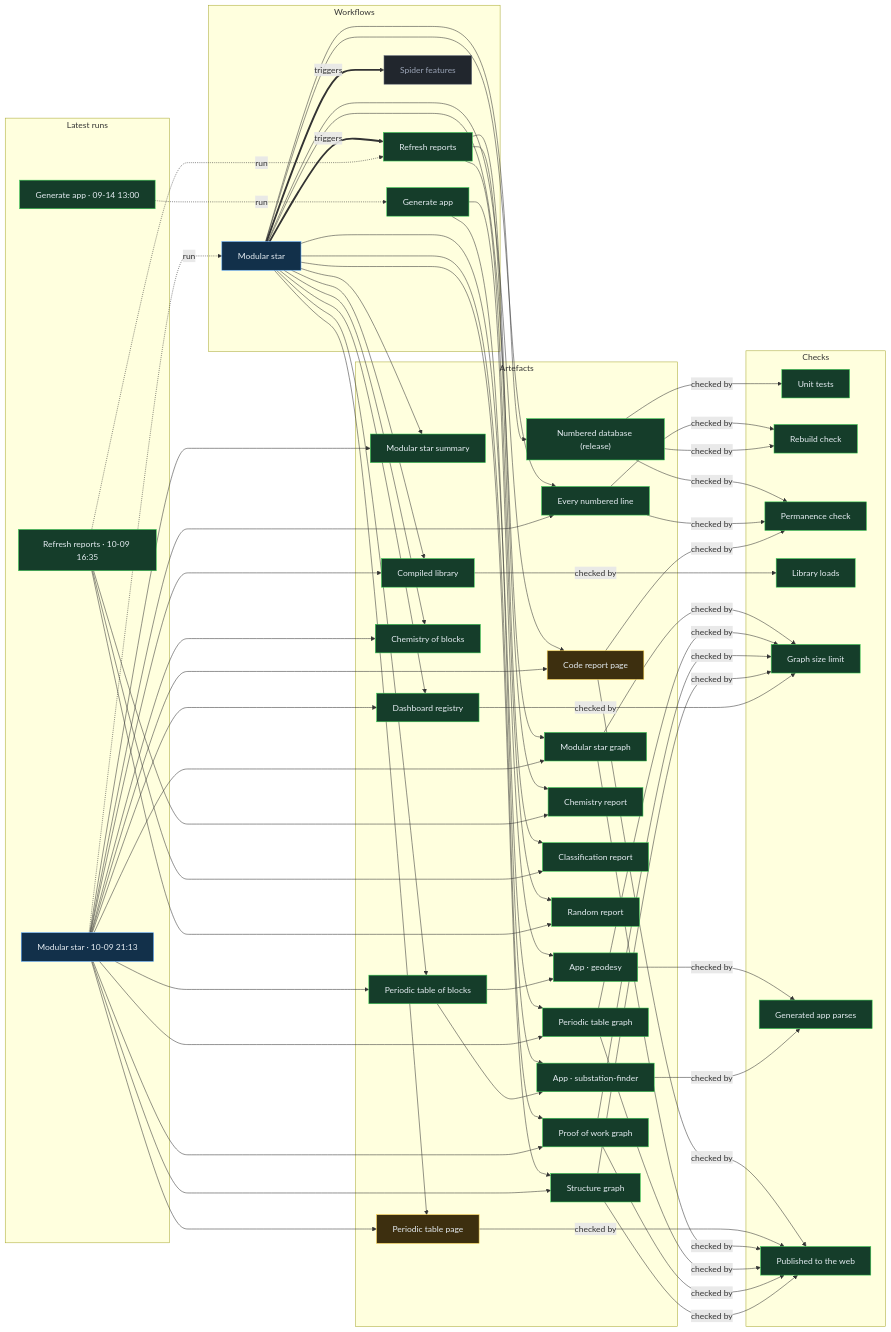
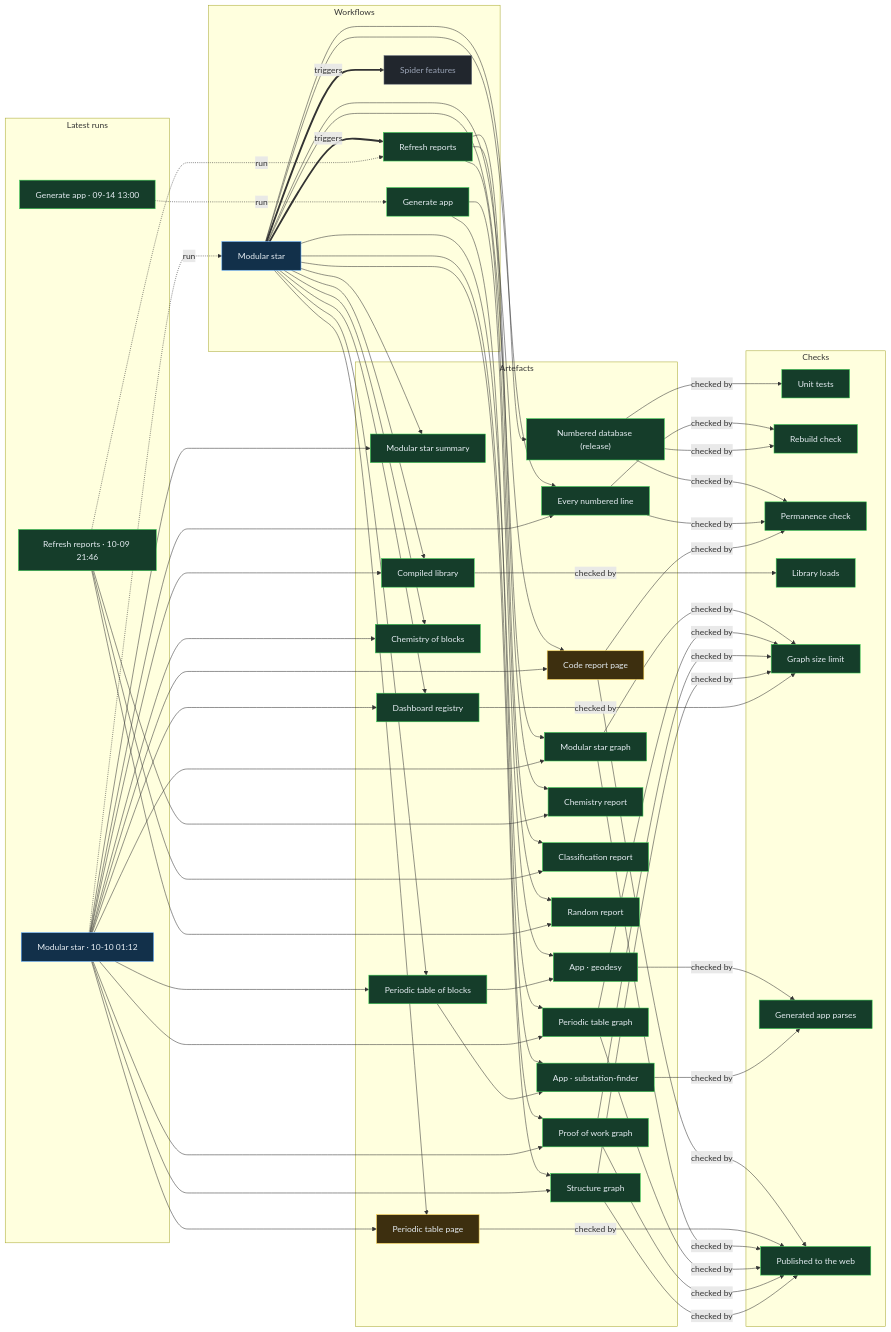
One commit to Ventusltd/stars changed the diagram in proof/PROOF.md. Above: the diagram before and after it, drawn with Mermaid. The commit also changed other lines of this file and 44 other files, not shown here.

Commit message:
Modular star 2026-10-10T01:15Z

```diff
--- a/proof/PROOF.md
+++ b/proof/PROOF.md
@@ -24,8 +24,8 @@
   n_wf_spider_features["Spider features"]:::off
   end
   subgraph g_runs["Latest runs"]
-  n_run_37992075216["Modular star · 10-09 21:13"]:::live
-  n_run_37960174735["Refresh reports · 10-09 16:35"]:::ok
+  n_run_38012259547["Modular star · 10-10 01:12"]:::live
+  n_run_37995498325["Refresh reports · 10-09 21:46"]:::ok
   n_run_34846587798["Generate app · 09-14 13:00"]:::ok
   end
   subgraph g_artefacts["Artefacts"]
@@ -59,39 +59,39 @@
   end
   n_wf_modular_star == triggers ==> n_wf_refresh
   n_wf_modular_star == triggers ==> n_wf_spider_features
-  n_run_37992075216 -. run .-> n_wf_modular_star
-  n_run_37960174735 -. run .-> n_wf_refresh
+  n_run_38012259547 -. run .-> n_wf_modular_star
+  n_run_37995498325 -. run .-> n_wf_refresh
   n_run_34846587798 -. run .-> n_wf_generate
   n_wf_modular_star --> n_art_summary
-  n_run_37992075216 --> n_art_summary
+  n_run_38012259547 --> n_art_summary
   n_wf_modular_star --> n_art_lines
-  n_run_37992075216 --> n_art_lines
+  n_run_38012259547 --> n_art_lines
   n_wf_modular_star --> n_art_code
-  n_run_37992075216 --> n_art_code
+  n_run_38012259547 --> n_art_code
   n_wf_modular_star --> n_art_modular_graph
-  n_run_37992075216 --> n_art_modular_graph
+  n_run_38012259547 --> n_art_modular_graph
   n_wf_modular_star --> n_art_blocks
-  n_run_37992075216 --> n_art_blocks
+  n_run_38012259547 --> n_art_blocks
   n_wf_modular_star --> n_art_table
-  n_run_37992075216 --> n_art_table
+  n_run_38012259547 --> n_art_table
   n_wf_modular_star --> n_art_blocks_graph
-  n_run_37992075216 --> n_art_blocks_graph
+  n_run_38012259547 --> n_art_blocks_graph
   n_wf_modular_star --> n_art_reactions
-  n_run_37992075216 --> n_art_reactions
+  n_run_38012259547 --> n_art_reactions
   n_wf_modular_star --> n_art_library
-  n_run_37992075216 --> n_art_library
+  n_run_38012259547 --> n_art_library
   n_wf_modular_star --> n_art_features
-  n_run_37992075216 --> n_art_features
+  n_run_38012259547 --> n_art_features
   n_wf_modular_star --> n_art_proof
-  n_run_37992075216 --> n_art_proof
+  n_run_38012259547 --> n_art_proof
   n_wf_modular_star --> n_art_structure
-  n_run_37992075216 --> n_art_structure
+  n_run_38012259547 --> n_art_structure
   n_wf_refresh --> n_art_chemistry
-  n_run_37960174735 --> n_art_chemistry
+  n_run_37995498325 --> n_art_chemistry
   n_wf_refresh --> n_art_vedic
-  n_run_37960174735 --> n_art_vedic
+  n_run_37995498325 --> n_art_vedic
   n_wf_refresh --> n_art_random
-  n_run_37960174735 --> n_art_random
+  n_run_37995498325 --> n_art_random
   n_wf_modular_star --> n_art_release
   n_wf_generate --> n_app_geodesy
   n_art_blocks --> n_app_geodesy
```
